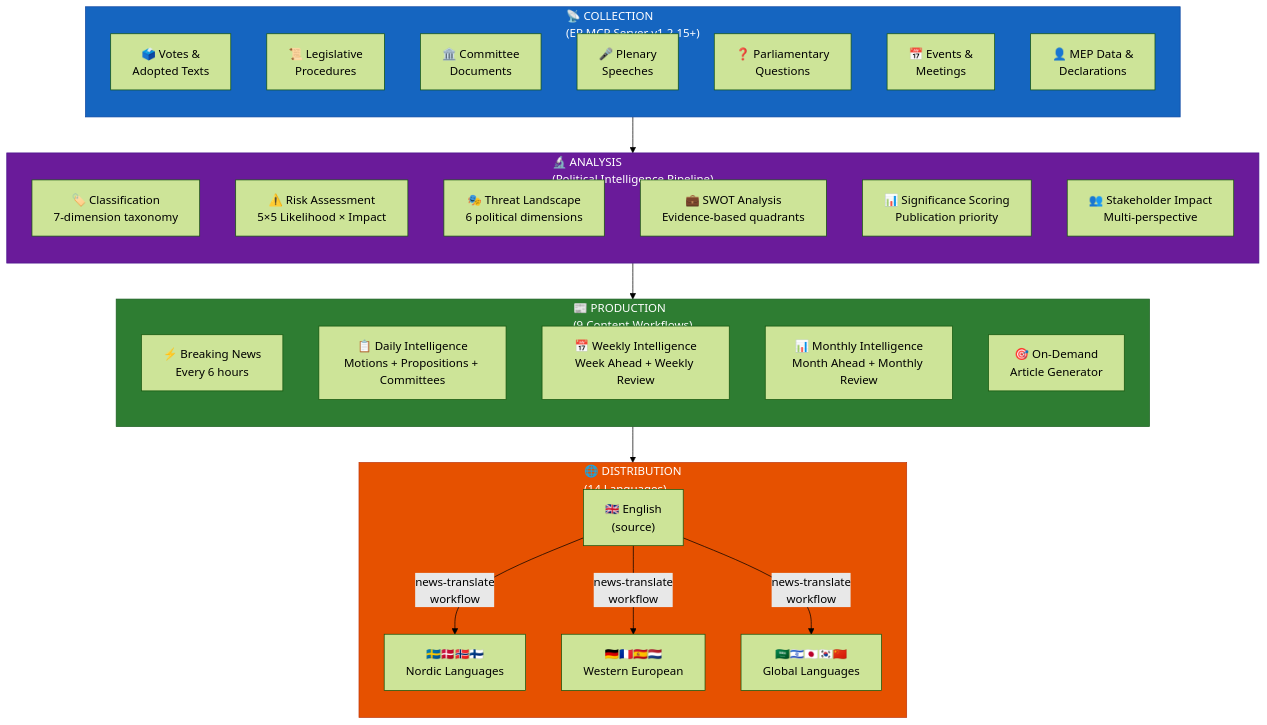
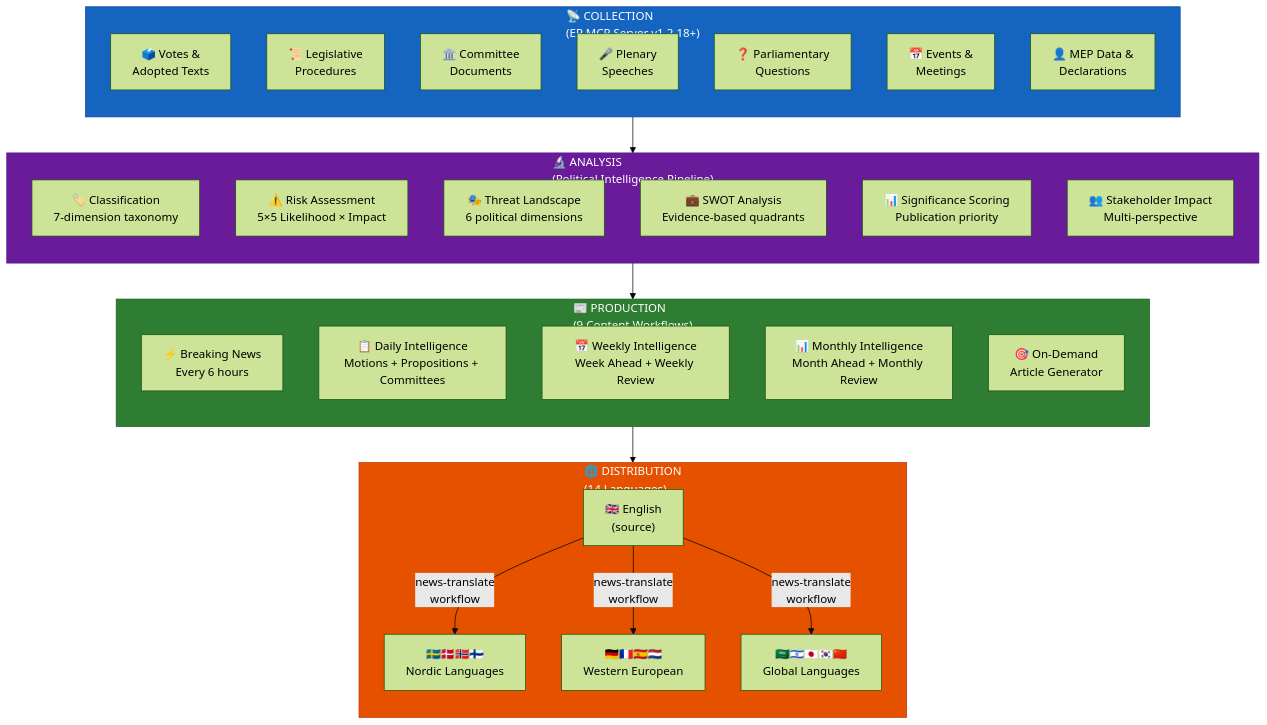
Diagram 19 of 22 in WORKFLOWS.md (Hack23/euparliamentmonitor), drawn with Mermaid (forest theme) before and after one commit. The commit also changed other lines of this file and 38 other files, not shown here.

````diff
--- a/WORKFLOWS.md
+++ b/WORKFLOWS.md
@@ -1889,48 +1889,48 @@
 ```mermaid
 flowchart TD
-    subgraph Collection["📡 COLLECTION<br/>(EP MCP Server v1.2.15+)"]
+    subgraph Collection["📡 COLLECTION<br/>(EP MCP Server v1.2.18+)"]
         direction TB
         C1["🗳️ Votes &<br/>Adopted Texts"]
         C2["📜 Legislative<br/>Procedures"]
         C3["🏛️ Committee<br/>Documents"]
         C4["🎤 Plenary<br/>Speeches"]
         C5["❓ Parliamentary<br/>Questions"]
         C6["📅 Events &<br/>Meetings"]
         C7["👤 MEP Data &<br/>Declarations"]
     end
 
     subgraph Analysis["🔬 ANALYSIS<br/>(Political Intelligence Pipeline)"]
         direction TB
         A1["🏷️ Classification<br/>7-dimension taxonomy"]
         A2["⚠️ Risk Assessment<br/>5×5 Likelihood × Impact"]
         A3["🎭 Threat Landscape<br/>6 political dimensions"]
         A4["💼 SWOT Analysis<br/>Evidence-based quadrants"]
         A5["📊 Significance Scoring<br/>Publication priority"]
         A6["👥 Stakeholder Impact<br/>Multi-perspective"]
     end
 
     subgraph Production["📰 PRODUCTION<br/>(9 Content Workflows)"]
         direction TB
         P1["⚡ Breaking News<br/>Every 6 hours"]
         P2["📋 Daily Intelligence<br/>Motions + Propositions + Committees"]
         P3["📅 Weekly Intelligence<br/>Week Ahead + Weekly Review"]
         P4["📊 Monthly Intelligence<br/>Month Ahead + Monthly Review"]
         P5["🎯 On-Demand<br/>Article Generator"]
     end
 
     subgraph Distribution["🌐 DISTRIBUTION<br/>(14 Languages)"]
         direction TB
         D1["🇬🇧 English<br/>(source)"]
         D2["🇸🇪🇩🇰🇳🇴🇫🇮<br/>Nordic Languages"]
         D3["🇩🇪🇫🇷🇪🇸🇳🇱<br/>Western European"]
         D4["🇸🇦🇮🇱🇯🇵🇰🇷🇨🇳<br/>Global Languages"]
     end
 
     Collection --> Analysis --> Production --> D1
     D1 --> |"news-translate<br/>workflow"| D2 & D3 & D4
 
     style Collection fill:#1565C0,stroke:#0D47A1,color:#FFFFFF
     style Analysis fill:#6A1B9A,stroke:#4A148C,color:#FFFFFF
     style Production fill:#2E7D32,stroke:#1B5E20,color:#FFFFFF
     style Distribution fill:#E65100,stroke:#BF360C,color:#FFFFFF
 ```
````
